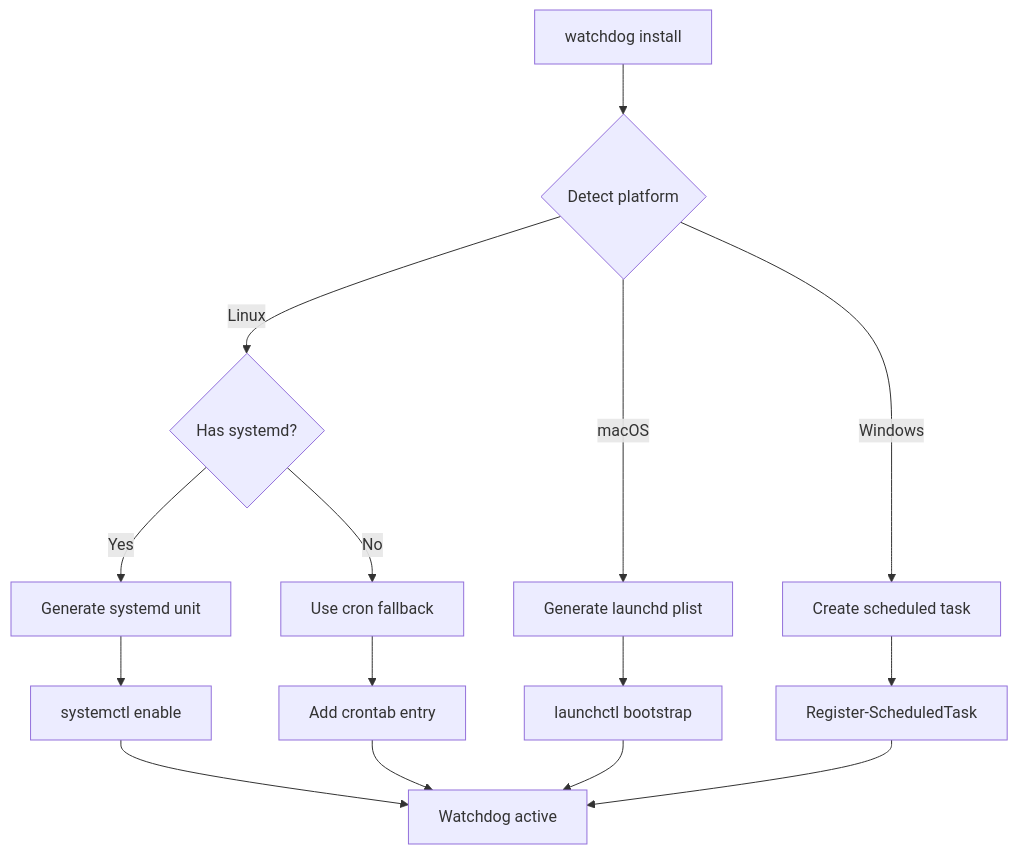
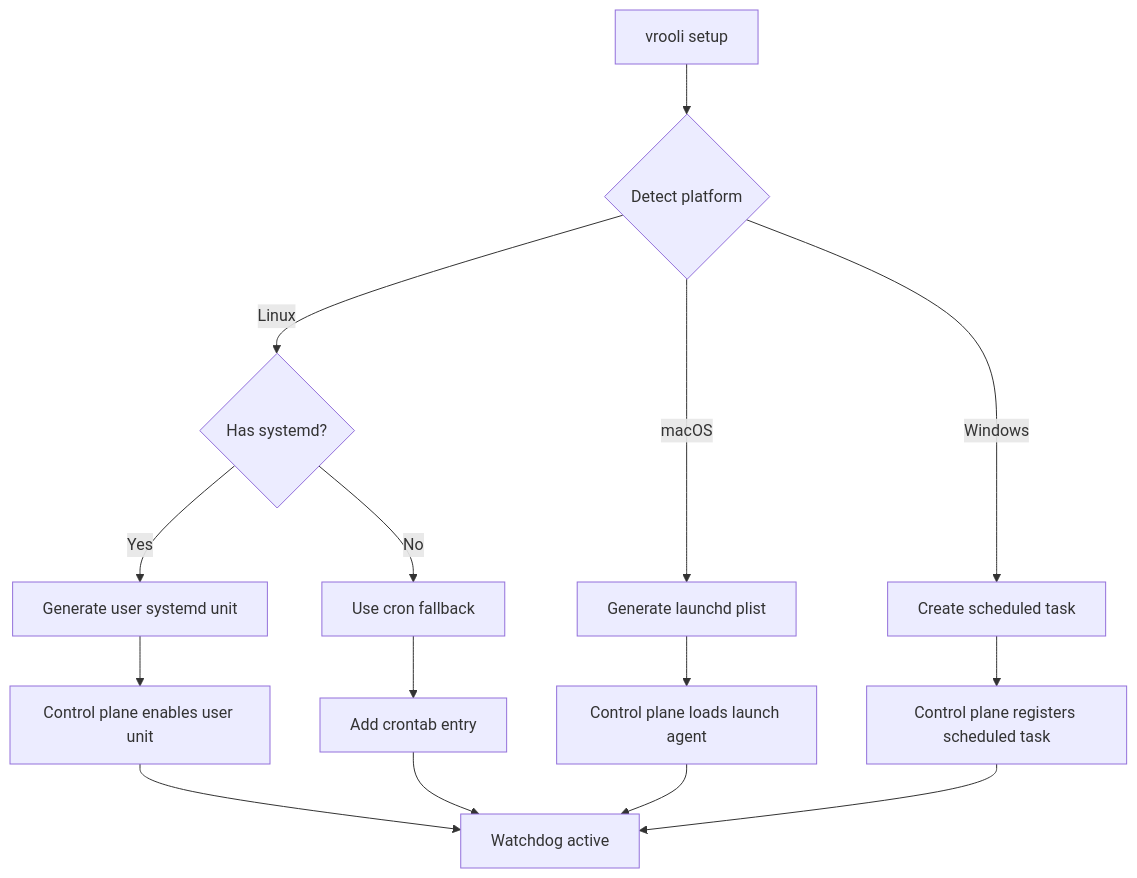
One commit to Vrooli/Vrooli changed the fourth of 5 diagrams in scenarios/vrooli-autoheal/docs/concepts/watchdog-design.md. Above: the diagram before and after it, drawn with Mermaid. The commit also changed other lines of this file and 92 other files, not shown here.

````diff
--- a/scenarios/vrooli-autoheal/docs/concepts/watchdog-design.md
+++ b/scenarios/vrooli-autoheal/docs/concepts/watchdog-design.md
@@ -120,20 +126,20 @@
 ```mermaid
 flowchart TD
-    A[watchdog install] --> B{Detect platform}
+    A[vrooli setup] --> B{Detect platform}
     B -->|Linux| C{Has systemd?}
     B -->|macOS| D[Generate launchd plist]
     B -->|Windows| E[Create scheduled task]
 
-    C -->|Yes| F[Generate systemd unit]
+    C -->|Yes| F[Generate user systemd unit]
     C -->|No| G[Use cron fallback]
 
-    F --> H[systemctl enable]
-    D --> I[launchctl bootstrap]
-    E --> J[Register-ScheduledTask]
+    F --> H[Control plane enables user unit]
+    D --> I[Control plane loads launch agent]
+    E --> J[Control plane registers scheduled task]
     G --> K[Add crontab entry]
 
     H --> L[Watchdog active]
     I --> L
     J --> L
     K --> L
 ```
````
